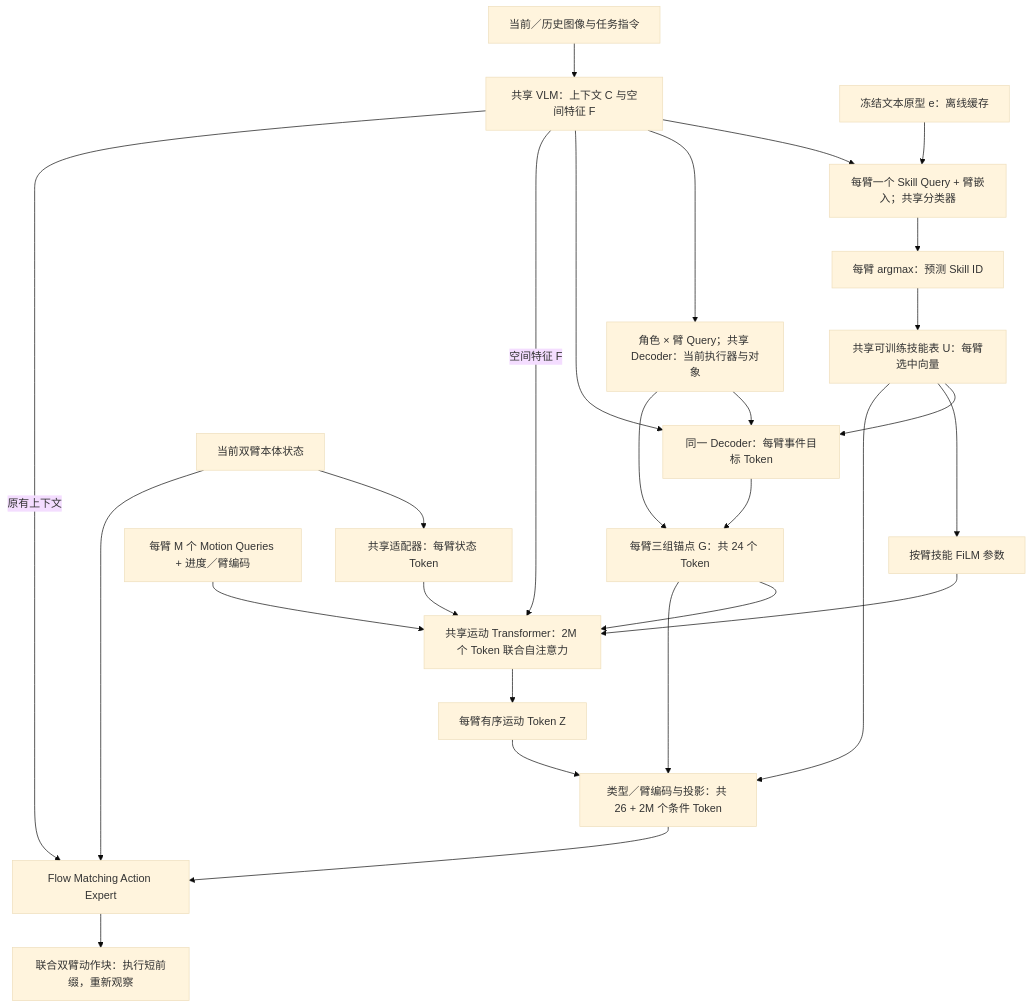
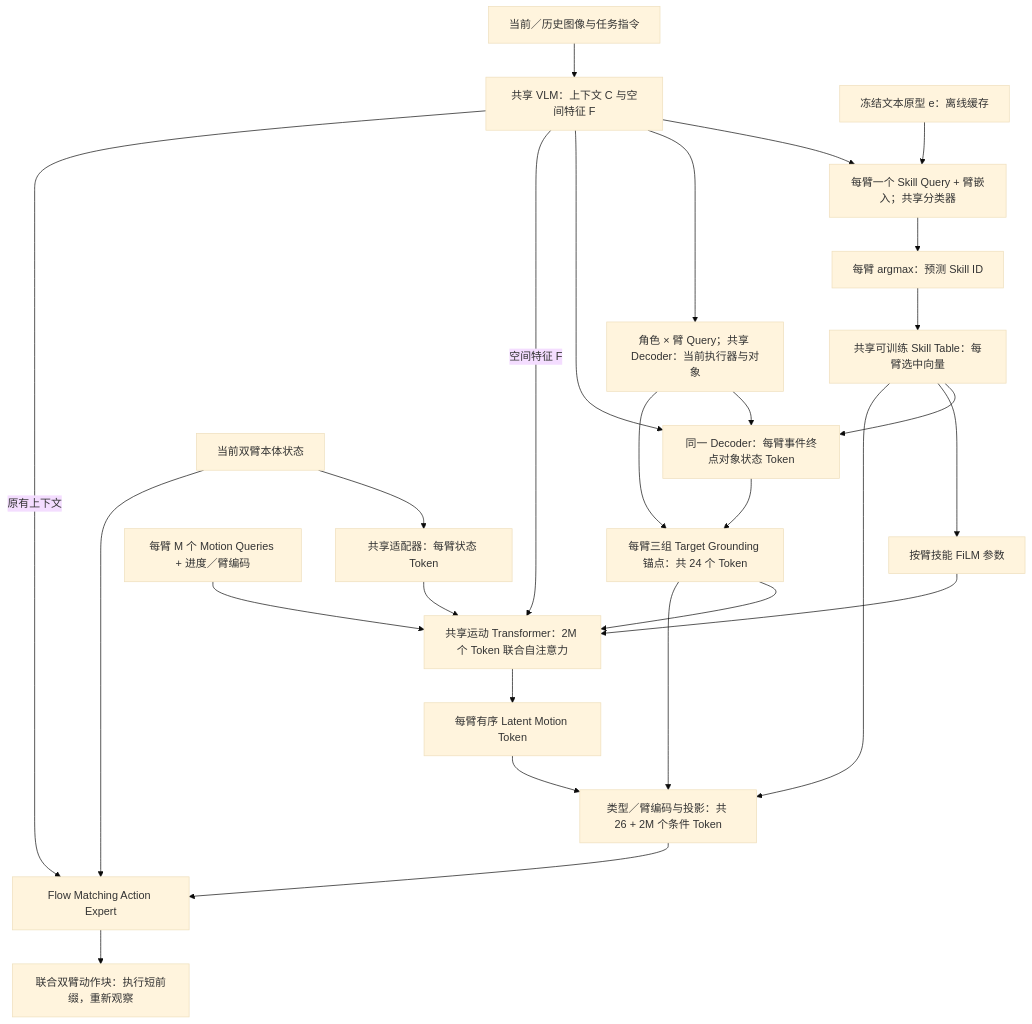
The first of 2 diagrams in docs/design.md (lyk-nju/ESkill-VLA), drawn with Mermaid (base theme) before and after one commit. The commit also changed other lines of this file and 21 other files, not shown here.

````diff
--- a/docs/design.md
+++ b/docs/design.md
@@ -15,29 +15,29 @@
 ```mermaid
 flowchart TD
     OBS["当前／历史图像与任务指令"] --> VLM["共享 VLM：上下文 C 与空间特征 F"]
     VLM --> SEL["每臂一个 Skill Query + 臂嵌入；共享分类器"]
     TEXT["冻结文本原型 e：离线缓存"] --> SEL
     SEL --> ID["每臂 argmax：预测 Skill ID"]
-    ID --> U["共享可训练技能表 U：每臂选中向量"]
+    ID --> skill_table["共享可训练 Skill Table：每臂选中向量"]
     VLM --> CUR["角色 × 臂 Query；共享 Decoder：当前执行器与对象"]
-    CUR --> GOAL["同一 Decoder：每臂事件目标 Token"]
+    CUR --> GOAL["同一 Decoder：每臂事件终点对象状态 Token"]
     VLM --> GOAL
-    U --> GOAL
-    CUR --> G["每臂三组锚点 G：共 24 个 Token"]
-    GOAL --> G
-    U --> FILM["按臂技能 FiLM 参数"]
+    skill_table --> GOAL
+    CUR --> target_grounding["每臂三组 Target Grounding 锚点：共 24 个 Token"]
+    GOAL --> target_grounding
+    skill_table --> FILM["按臂技能 FiLM 参数"]
     Q["每臂 M 个 Motion Queries + 进度／臂编码"] --> MOT["共享运动 Transformer：2M 个 Token 联合自注意力"]
     FILM --> MOT
-    G --> MOT
+    target_grounding --> MOT
     VLM -->|空间特征 F| MOT
     STATE["当前双臂本体状态"] --> ADAPT["共享适配器：每臂状态 Token"]
     ADAPT --> MOT
-    MOT --> Z["每臂有序运动 Token Z"]
-    U --> AUX["类型／臂编码与投影：共 26 + 2M 个条件 Token"]
-    G --> AUX
-    Z --> AUX
+    MOT --> latent_motion["每臂有序 Latent Motion Token"]
+    skill_table --> AUX["类型／臂编码与投影：共 26 + 2M 个条件 Token"]
+    target_grounding --> AUX
+    latent_motion --> AUX
     VLM -->|原有上下文| ACT["Flow Matching Action Expert"]
     AUX --> ACT
     STATE --> ACT
     ACT --> OUT["联合双臂动作块：执行短前缀，重新观察"]
 ```
````
